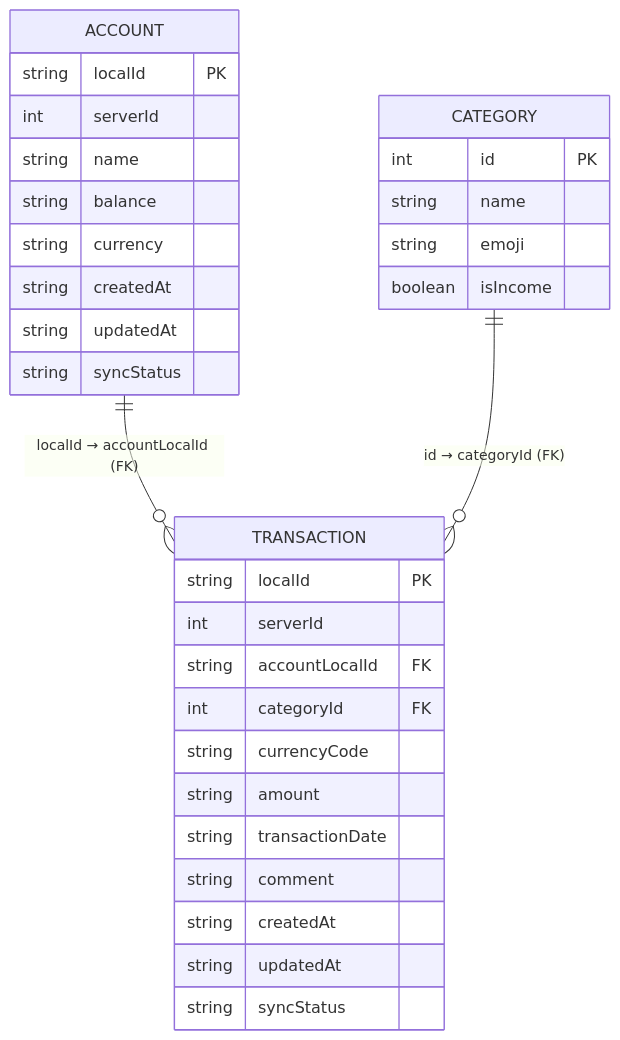
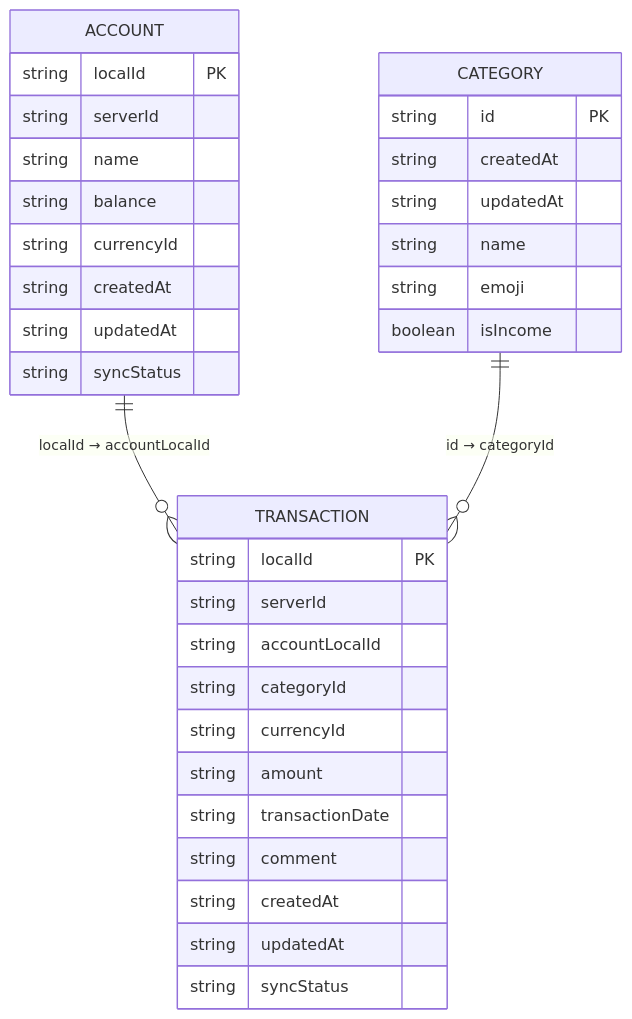
The diagram in docs/bd.md (IliaVoskoboinikov/Finance-Manager), drawn with Mermaid before and after one commit. The commit also changed other lines of this file, not shown here.

Commit message:
docs(database): актуализировать схему БД (логические связи вместо FK) ER-диаграмма в docs/bd.md заявляла enforced-FK, которых в Room-сущностях нет. Отражаем реальность: связи логические (accountLocalId/categoryId), FK/@Index намеренно не используются из-за offline-first модели (split localId/serverId, мягкие удаления, порядок синка и LWW — в коде). Заодно исправлены типы полей (serverId/id — String, currencyId) и добавлена заметка про индексы как будущую оптимизацию с бампом версии.

````diff
--- a/docs/bd.md
+++ b/docs/bd.md
@@ -25,37 +25,39 @@
 ```mermaid
 erDiagram
     ACCOUNT {
         string localId PK
-        int serverId
+        string serverId
         string name
         string balance
-        string currency
+        string currencyId
         string createdAt
         string updatedAt
         string syncStatus
     }
 
     CATEGORY {
-        int id PK
+        string id PK
+        string createdAt
+        string updatedAt
         string name
         string emoji
         boolean isIncome
     }
 
     TRANSACTION {
         string localId PK
-        int serverId
-        string accountLocalId FK
-        int categoryId FK
-        string currencyCode
+        string serverId
+        string accountLocalId
+        string categoryId
+        string currencyId
         string amount
         string transactionDate
         string comment
         string createdAt
         string updatedAt
         string syncStatus
     }
 
-    ACCOUNT ||--o{ TRANSACTION: "localId → accountLocalId (FK)"
-    CATEGORY ||--o{ TRANSACTION: "id → categoryId (FK)"
+    ACCOUNT ||--o{ TRANSACTION: "localId → accountLocalId"
+    CATEGORY ||--o{ TRANSACTION: "id → categoryId"
 ```
````
